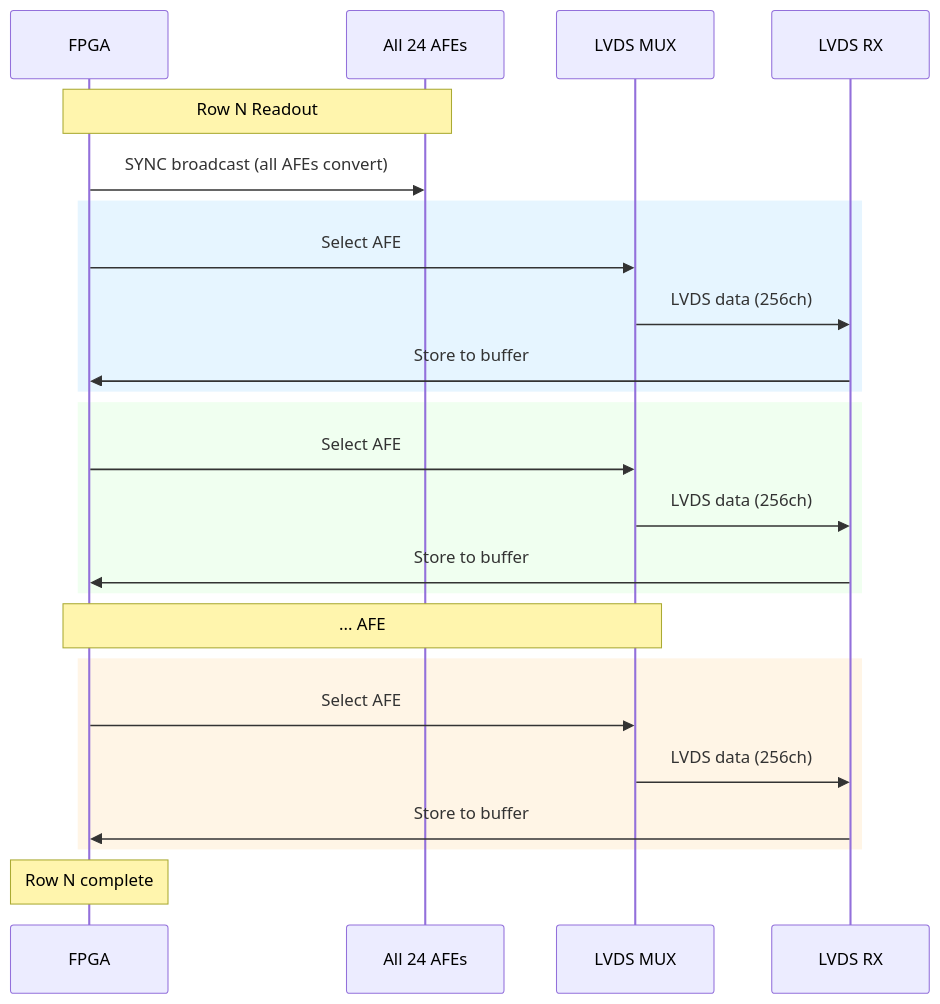
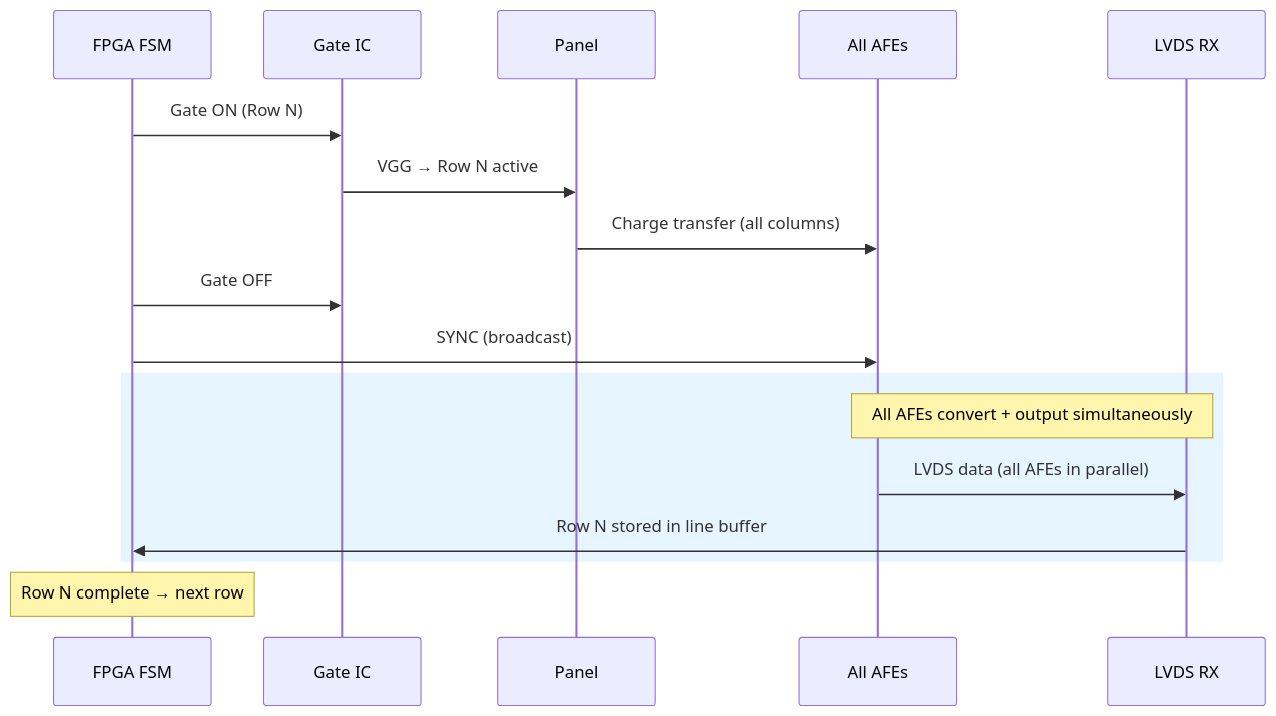
The third of 3 diagrams in README.md (holee9/panel-operation), drawn with Mermaid before and after one commit. The commit also changed other lines of this file, not shown here.

Commit message:
fix: AFE LVDS 직결 구조로 수정 — 외부 MUX 제거
문서에 명시된 대로 모든 AFE LVDS 출력은 FPGA에 직접 연결.
외부 LVDS MUX는 사용하지 않음.

- README 다이어그램: LVDS MUX 노드 제거, Direct 연결로 변경
- 시퀀스 다이어그램: 병렬 변환 + 직접 수신 구조로 수정
- 신호 흐름 요약: "LVDS Direct" 표기

🗿 MoAI <email@mo.ai.kr>

````diff
--- a/README.md
+++ b/README.md
@@ -114,33 +107,22 @@
 ```mermaid
 sequenceDiagram
-    participant F as FPGA
-    participant A as All 24 AFEs
-    participant M as LVDS MUX
-    participant R as LVDS RX
+    participant FSM as FPGA FSM
+    participant GATE as Gate IC
+    participant PANEL as Panel
+    participant AFE as All AFEs
+    participant RX as LVDS RX
 
-    Note over F,A: Row N Readout
-
-    F ->> A: SYNC broadcast (all AFEs convert)
+    FSM ->> GATE: Gate ON (Row N)
+    GATE ->> PANEL: VGG → Row N active
+    PANEL ->> AFE: Charge transfer (all columns)
+    FSM ->> GATE: Gate OFF
+    FSM ->> AFE: SYNC (broadcast)
 
     rect rgb(230, 245, 255)
-        F ->> M: Select AFE #1
-        M ->> R: LVDS data (256ch)
-        R ->> F: Store to buffer
+        Note over AFE,RX: All AFEs convert + output simultaneously
+        AFE ->> RX: LVDS data (all AFEs in parallel)
+        RX ->> FSM: Row N stored in line buffer
     end
 
-    rect rgb(240, 255, 240)
-        F ->> M: Select AFE #2
-        M ->> R: LVDS data (256ch)
-        R ->> F: Store to buffer
-    end
-
-    Note over F,M: ... AFE #3 ~ #23 ...
-
-    rect rgb(255, 245, 230)
-        F ->> M: Select AFE #24
-        M ->> R: LVDS data (256ch)
-        R ->> F: Store to buffer
-    end
-
-    Note over F: Row N complete
+    Note over FSM: Row N complete → next row
 ```
````
